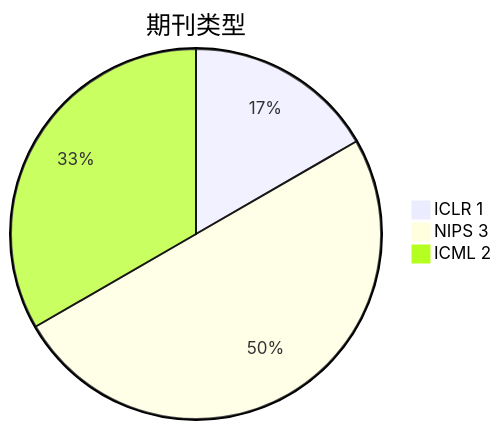
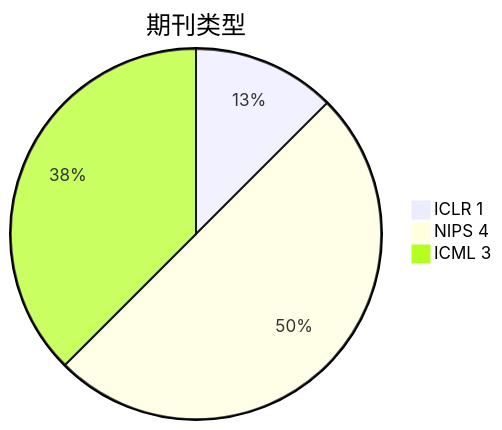
One commit to Elephant-King9/Paper changed the second of 4 diagrams in Base_Model/GAN+VAE+Diffusion/analyse.md. Above: the diagram before and after it, drawn with Mermaid. The commit also changed other lines of this file and 5 other files, not shown here.

````diff
--- a/Base_Model/GAN+VAE+Diffusion/analyse.md
+++ b/Base_Model/GAN+VAE+Diffusion/analyse.md
@@ -29,6 +33,6 @@
 ```mermaid
 pie title 期刊类型
     "ICLR 1" : 1
-    "NIPS 3" : 3
-    "ICML 2" : 2
+    "NIPS 4" : 4
+    "ICML 3" : 3
 ```
````
